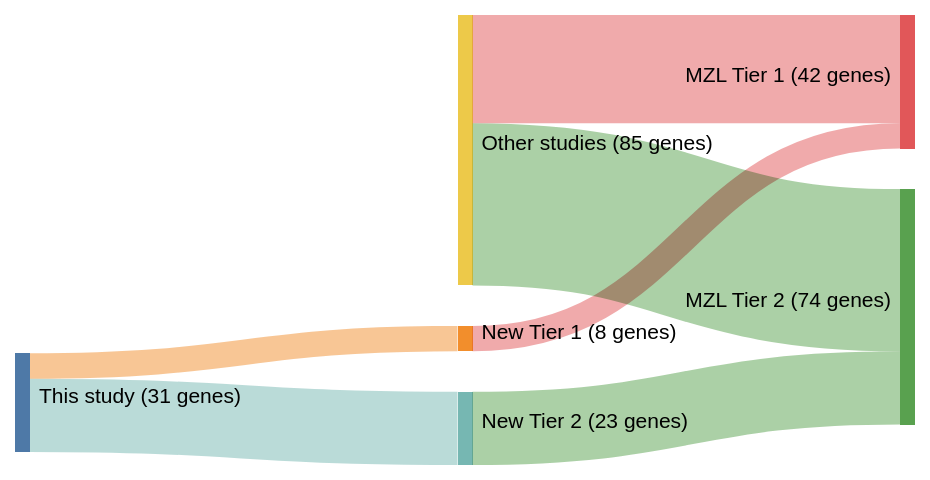
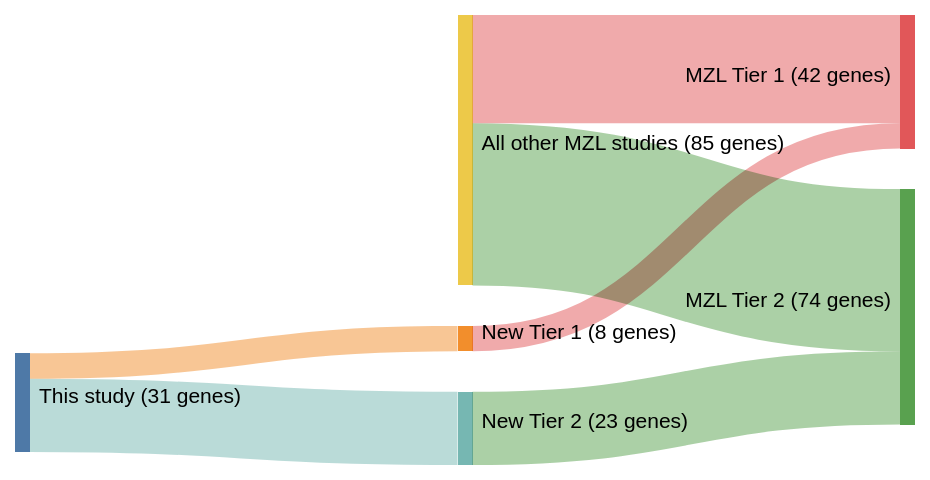
The diagram in papers/spinaGeneticsNodalMarginal2016b.md (morinlab/lymphopedia), drawn with Mermaid (neutral theme) before and after one commit. The commit also changed 82 other files, not shown here.

````diff
--- a/papers/spinaGeneticsNodalMarginal2016b.md
+++ b/papers/spinaGeneticsNodalMarginal2016b.md
@@ -12,20 +12,20 @@
 ```mermaid
 ---
 config:
     sankey:
         showValues: true
         linkColor: target
         width: 600
         height: 300
         nodeAlignment: right
         prefix: '('
         suffix: ' genes)'
 ---
 sankey-beta
 This study, New Tier 1, 8
 New Tier 1, MZL Tier 1, 8
 This study, New Tier 2, 23
 New Tier 2, MZL Tier 2, 23
-Other studies, MZL Tier 1, 34
-Other studies, MZL Tier 2, 51
+All other MZL studies, MZL Tier 1, 34
+All other MZL studies, MZL Tier 2, 51
 ```
````
